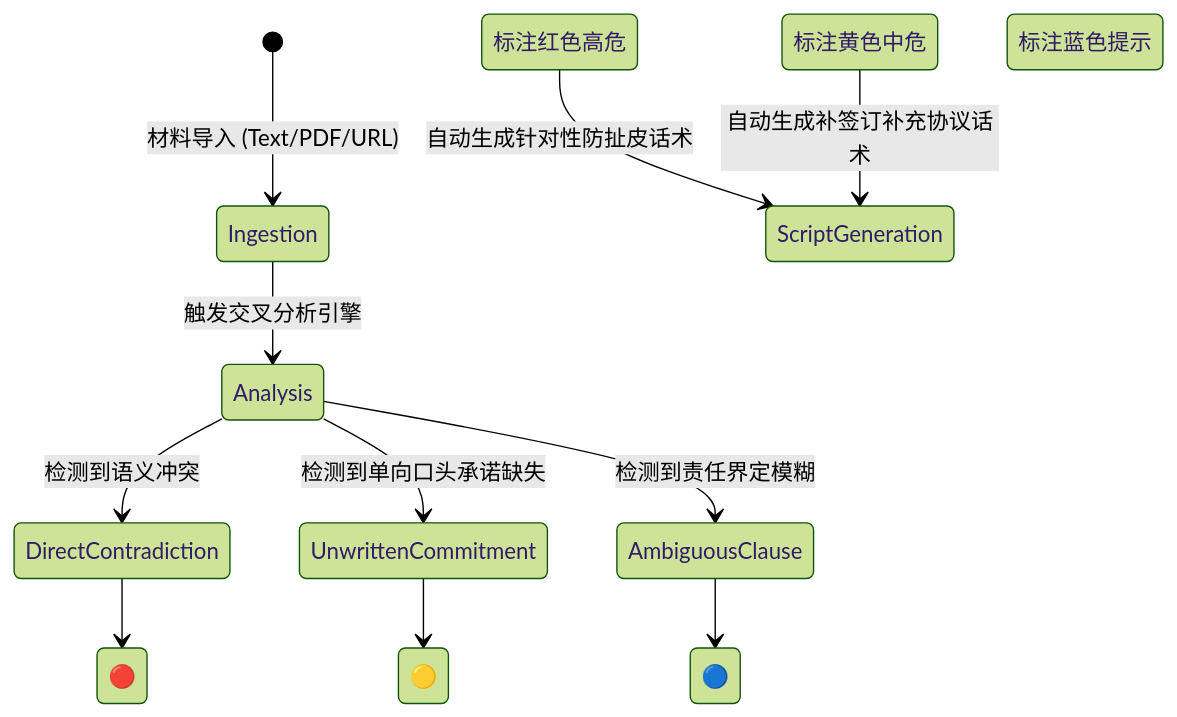
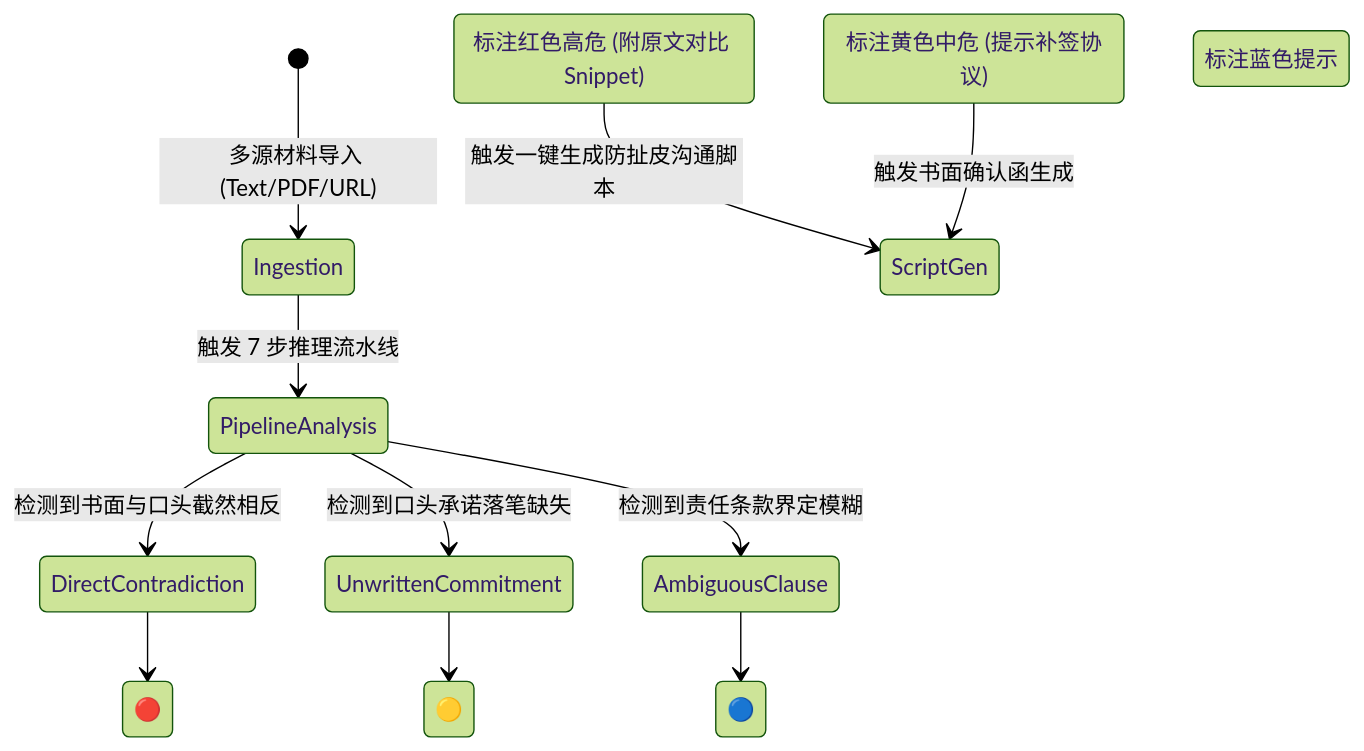
The third of 3 diagrams in README.md (MeiSiristhebest/youju), drawn with Mermaid (forest theme) before and after one commit. The commit also changed other lines of this file, not shown here.

Commit message:
Refined README.md for youju with TRAE contest background, 5-layer decoupled architecture, 7-step transparent AI pipeline, and bilingual support.

````diff
--- a/README.md
+++ b/README.md
@@ -106,13 +112,13 @@
 ```mermaid
 stateDiagram-v2
-    [*] --> Ingestion : 材料导入 (Text/PDF/URL)
-    Ingestion --> Analysis : 触发交叉分析引擎
-    Analysis --> DirectContradiction : 检测到语义冲突
-    Analysis --> UnwrittenCommitment : 检测到单向口头承诺缺失
-    Analysis --> AmbiguousClause : 检测到责任界定模糊
-    DirectContradiction --> 🔴 HighRiskAlert : 标注红色高危
-    UnwrittenCommitment --> 🟡 MediumRiskAlert : 标注黄色中危
-    AmbiguousClause --> 🔵 InfoNotice : 标注蓝色提示
-    🔴 HighRiskAlert --> ScriptGeneration : 自动生成针对性防扯皮话术
-    🟡 MediumRiskAlert --> ScriptGeneration : 自动生成补签订补充协议话术
+    [*] --> Ingestion : 多源材料导入 (Text/PDF/URL)
+    Ingestion --> PipelineAnalysis : 触发 7 步推理流水线
+    PipelineAnalysis --> DirectContradiction : 检测到书面与口头截然相反
+    PipelineAnalysis --> UnwrittenCommitment : 检测到口头承诺落笔缺失
+    PipelineAnalysis --> AmbiguousClause : 检测到责任条款界定模糊
+    DirectContradiction --> 🔴 RedRisk : 标注红色高危 (附原文对比 Snippet)
+    UnwrittenCommitment --> 🟡 YellowRisk : 标注黄色中危 (提示补签协议)
+    AmbiguousClause --> 🔵 BlueNotice : 标注蓝色提示
+    🔴 RedRisk --> ScriptGen : 触发一键生成防扯皮沟通脚本
+    🟡 YellowRisk --> ScriptGen : 触发书面确认函生成
 ```
````
